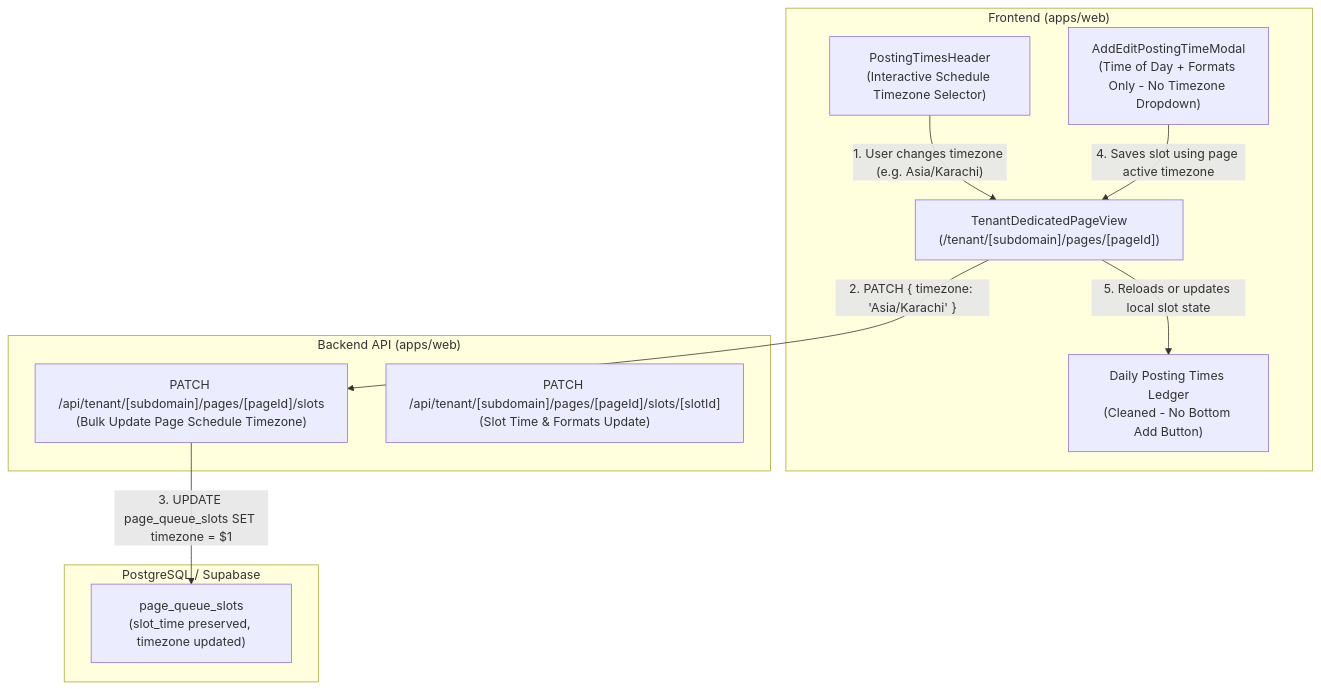
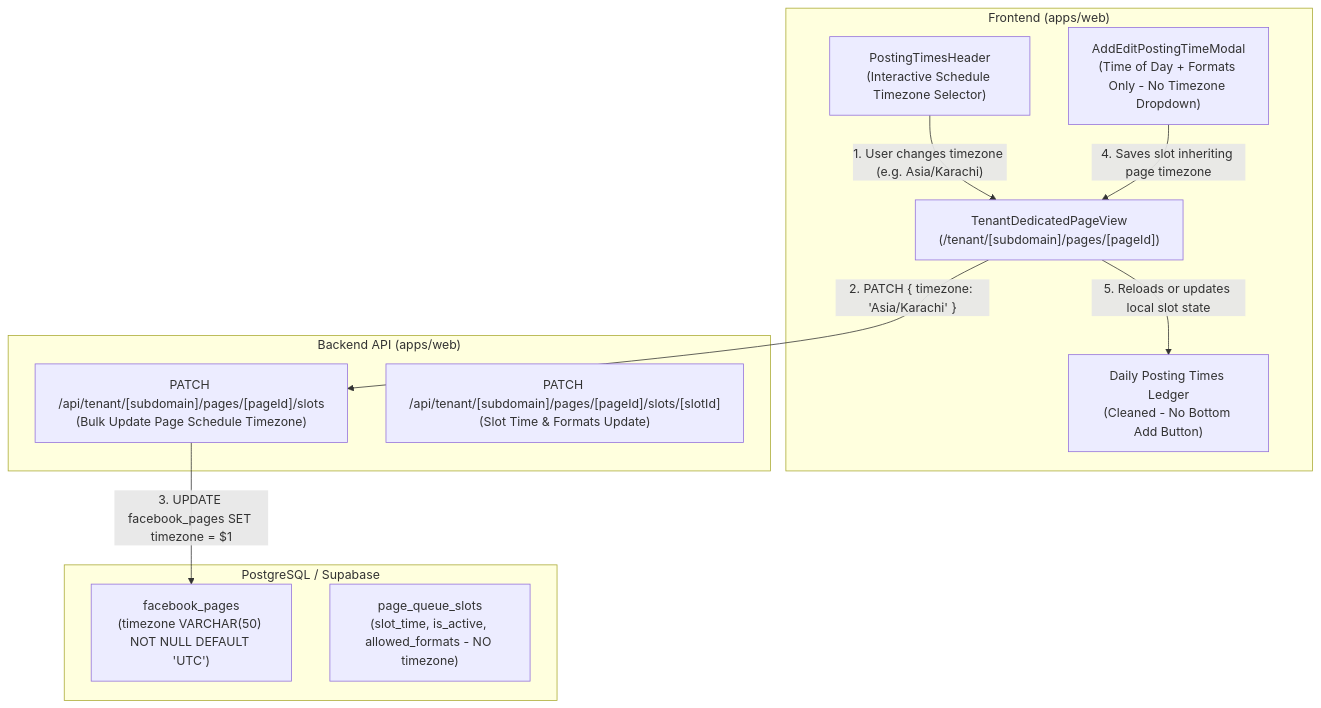
One commit to Velocta/fbuploadpro changed the diagram in specs/060-page-schedule-timezone-cleanup/plan.md. Above: the diagram before and after it, drawn with Mermaid. The commit also changed other lines of this file and 18 other files, not shown here.

Commit message:
feat(database): normalize schedule timezone to facebook_pages table (spec-060)

````diff
--- a/specs/060-page-schedule-timezone-cleanup/plan.md
+++ b/specs/060-page-schedule-timezone-cleanup/plan.md
@@ -10,24 +10,25 @@
 ```mermaid
 flowchart TD
     subgraph UI ["Frontend (apps/web)"]
         H["PostingTimesHeader\n(Interactive Schedule Timezone Selector)"]
         Grid["Daily Posting Times Ledger\n(Cleaned - No Bottom Add Button)"]
         M["AddEditPostingTimeModal\n(Time of Day + Formats Only - No Timezone Dropdown)"]
         Page["TenantDedicatedPageView\n(/tenant/[subdomain]/pages/[pageId])"]
     end
 
     subgraph API ["Backend API (apps/web)"]
         SlotsRoute["PATCH /api/tenant/[subdomain]/pages/[pageId]/slots\n(Bulk Update Page Schedule Timezone)"]
         SlotIdRoute["PATCH /api/tenant/[subdomain]/pages/[pageId]/slots/[slotId]\n(Slot Time & Formats Update)"]
     end
 
     subgraph DB ["PostgreSQL / Supabase"]
-        SlotsTable["page_queue_slots\n(slot_time preserved, timezone updated)"]
+        PagesTable["facebook_pages\n(timezone VARCHAR(50) NOT NULL DEFAULT 'UTC')"]
+        SlotsTable["page_queue_slots\n(slot_time, is_active, allowed_formats - NO timezone)"]
     end
 
     H -->|"1. User changes timezone (e.g. Asia/Karachi)"| Page
     Page -->|"2. PATCH { timezone: 'Asia/Karachi' }"| SlotsRoute
-    SlotsRoute -->|"3. UPDATE page_queue_slots SET timezone = $1"| SlotsTable
-    M -->|"4. Saves slot using page active timezone"| Page
+    SlotsRoute -->|"3. UPDATE facebook_pages SET timezone = $1"| PagesTable
+    M -->|"4. Saves slot inheriting page timezone"| Page
     Page -->|"5. Reloads or updates local slot state"| Grid
 ```
````
